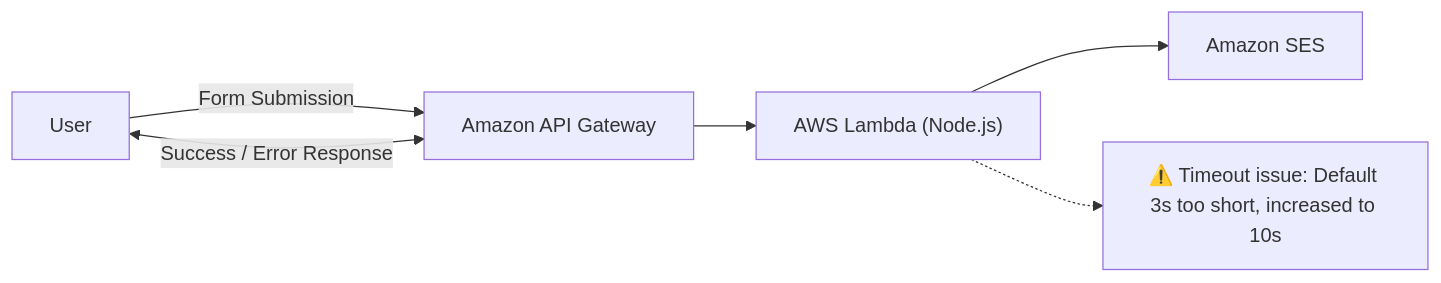
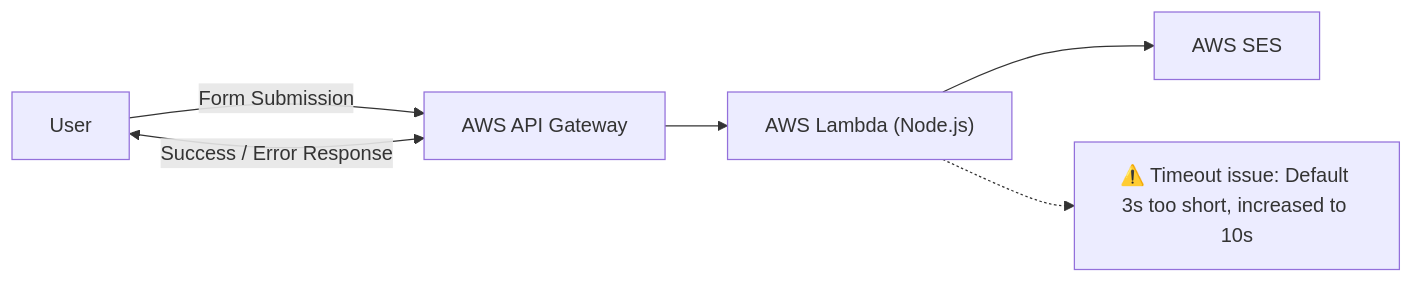
The diagram in README.md (radek-drw/Portfolio), drawn with Mermaid before and after one commit.

Commit message:
docs: update diagram

````diff
--- a/README.md
+++ b/README.md
@@ -114,10 +114,10 @@
 ```mermaid
 flowchart LR
-    U[User] -->|Form Submission| AGW["Amazon API Gateway"]
+    U[User] -->|Form Submission| AGW["AWS API Gateway"]
     AGW --> L["AWS Lambda (Node.js)"]
-    L --> SES["Amazon SES"]
+    L --> SES["AWS SES"]
     U <-->|Success / Error Response| AGW
 
     %% Simple note without styling
     L -.-> N["⚠️ Timeout issue: Default 3s too short, increased to 10s"]
 ```
````
